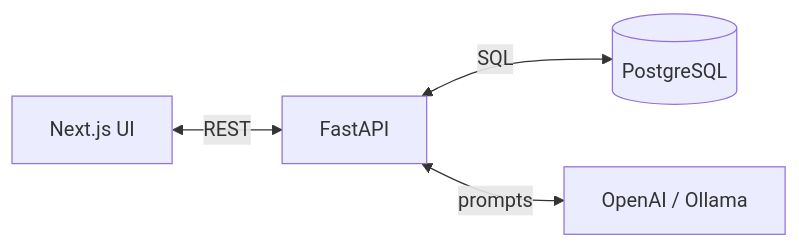
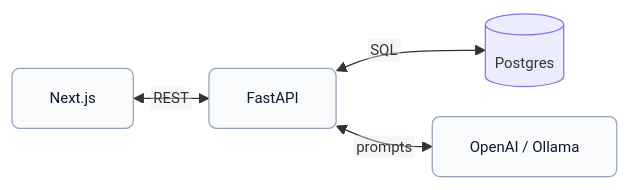
Before and after one commit to asiftauhid/covanant-compliance: the first of 3 diagrams in README.md, drawn with Mermaid. The commit also changed other lines of this file and 2 other files, not shown here.

````diff
--- a/README.md
+++ b/README.md
@@ -13,11 +23,15 @@
 ```mermaid
+%%{init: {"flowchart": {"htmlLabels": false, "nodeSpacing": 24, "rankSpacing": 28}, "themeVariables": {"fontSize": "12px"}}}%%
 flowchart LR
-  UI[Next.js UI]
-  API[FastAPI]
-  DB[(PostgreSQL)]
-  LLM[OpenAI / Ollama]
+  UI["Next.js"]
+  API["FastAPI"]
+  DB[("Postgres")]
+  LLM["OpenAI / Ollama"]
 
-  UI <-->|REST| API
-  API <-->|SQL| DB
-  API <-->|prompts| LLM
+  UI <-->|"REST"| API
+  API <-->|"SQL"| DB
+  API <-->|"prompts"| LLM
+
+  classDef box fill:#f8fafc,stroke:#94a3b8,color:#0f172a,rx:6,ry:6
+  class UI,API,LLM box
 ```
````
